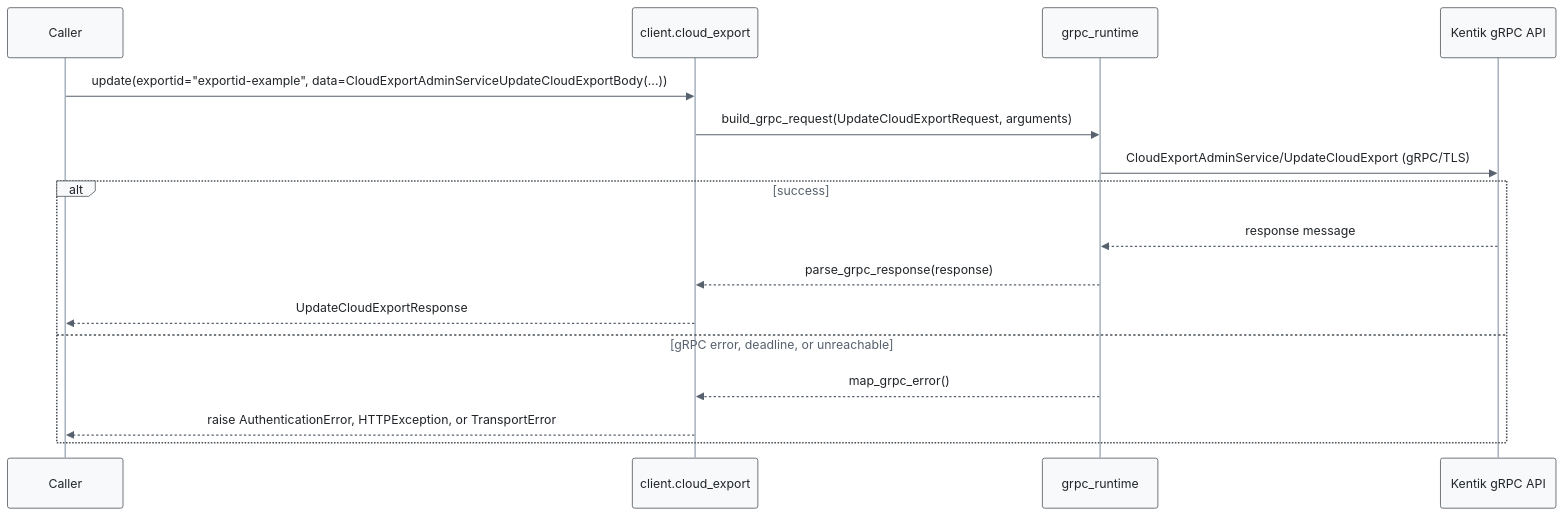
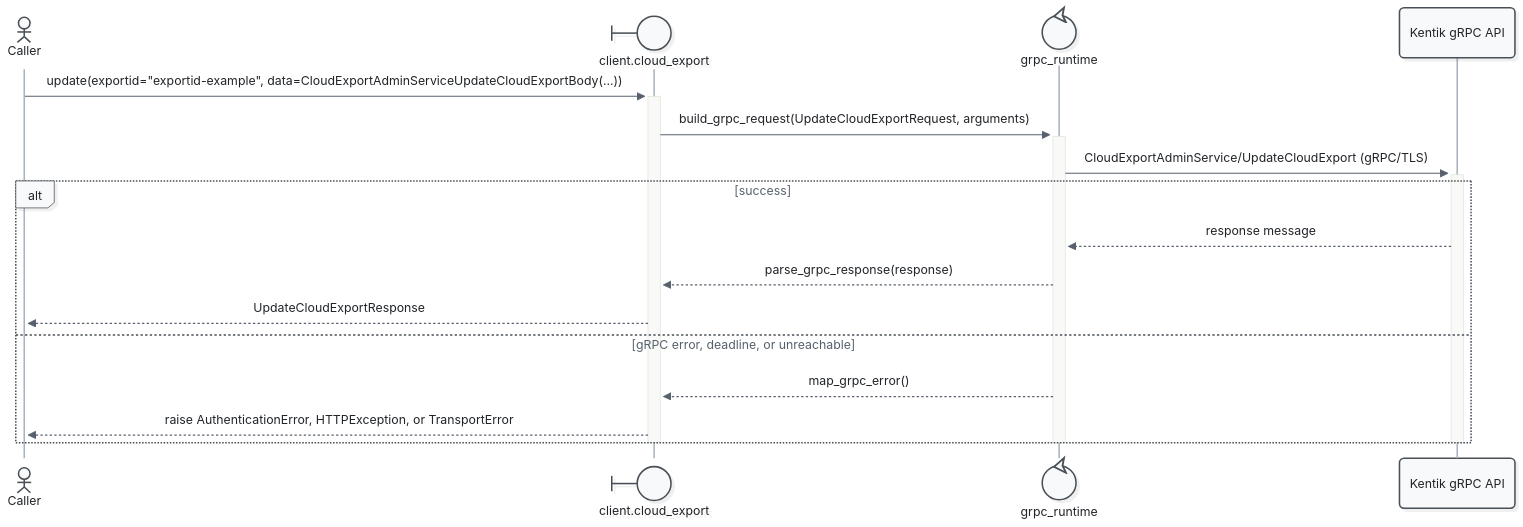
Before and after one commit to alexdearaujo/community_sdk_python: the eighth of 11 diagrams in docs/sphinx/services/cloud_export.md, drawn with Mermaid. The commit also changed other lines of this file and 52 other files, not shown here.

First line of the commit message:
docs: Mermaid 12 sequence diagrams with participant types and path colors

````diff
--- a/docs/sphinx/services/cloud_export.md
+++ b/docs/sphinx/services/cloud_export.md
@@ -282,20 +299,23 @@
 ```mermaid
-%%{init: {"theme": "base", "fontFamily": "ui-monospace, SFMono-Regular, Menlo, monospace", "themeVariables": {"fontFamily": "ui-monospace, SFMono-Regular, Menlo, monospace", "primaryColor": "#f8f9fa", "primaryBorderColor": "#495057", "primaryTextColor": "#212529", "textColor": "#212529", "lineColor": "#77818c", "edgeLabelBackground": "#ffffff", "actorBkg": "#f8f9fa", "actorBorder": "#495057", "actorTextColor": "#212529", "actorLineColor": "#a9b3be", "signalColor": "#57616d", "signalTextColor": "#212529", "labelBoxBkgColor": "#f8f9fa", "labelBoxBorderColor": "#495057", "labelTextColor": "#212529", "loopTextColor": "#57616d", "noteBkgColor": "#fff9db", "noteBorderColor": "#f08c00", "noteTextColor": "#a35a00"}, "flowchart": {"curve": "step", "nodeSpacing": 30, "rankSpacing": 70, "wrappingWidth": 400}}}%%
+%%{init: {"theme": "redux", "look": "neo", "layout": "dagre", "fontFamily": "ui-monospace, SFMono-Regular, Menlo, monospace", "themeVariables": {"fontFamily": "ui-monospace, SFMono-Regular, Menlo, monospace", "primaryColor": "#f8f9fa", "primaryBorderColor": "#495057", "primaryTextColor": "#212529", "textColor": "#212529", "lineColor": "#77818c", "edgeLabelBackground": "#ffffff", "actorBkg": "#f8f9fa", "actorBorder": "#495057", "actorTextColor": "#212529", "actorLineColor": "#a9b3be", "signalColor": "#57616d", "signalTextColor": "#212529", "labelBoxBkgColor": "#f8f9fa", "labelBoxBorderColor": "#495057", "labelTextColor": "#212529", "loopTextColor": "#57616d", "noteBkgColor": "#fff9db", "noteBorderColor": "#f08c00", "noteTextColor": "#a35a00"}, "sequence": {"activationWidth": 16}, "flowchart": {"curve": "step", "nodeSpacing": 30, "rankSpacing": 70, "wrappingWidth": 400}}}%%
 sequenceDiagram
-    participant C as Caller
-    participant W as client.cloud_export
-    participant R as grpc_runtime
+    actor C as Caller
+    participant W@{ "type": "boundary" } as client.cloud_export
+    participant R@{ "type": "control" } as grpc_runtime
     participant API as Kentik gRPC API
 
-    C->>W: update(exportid="exportid-example", data=CloudExportAdminServiceUpdateCloudExportBody(...))
-    W->>R: build_grpc_request(UpdateCloudExportRequest, arguments)
-    R->>API: CloudExportAdminService/UpdateCloudExport (gRPC/TLS)
+    C->>+W: update(exportid="exportid-example", data=CloudExportAdminServiceUpdateCloudExportBody(...))
+    W->>+R: build_grpc_request(UpdateCloudExportRequest, arguments)
+    R->>+API: CloudExportAdminService/UpdateCloudExport (gRPC/TLS)
     alt success
         API-->>R: response message
         R-->>W: parse_grpc_response(response)
         W-->>C: UpdateCloudExportResponse
     else gRPC error, deadline, or unreachable
         R-->>W: map_grpc_error()
         W-->>C: raise AuthenticationError, HTTPException, or TransportError
     end
+    deactivate API
+    deactivate R
+    deactivate W
 ```
````
